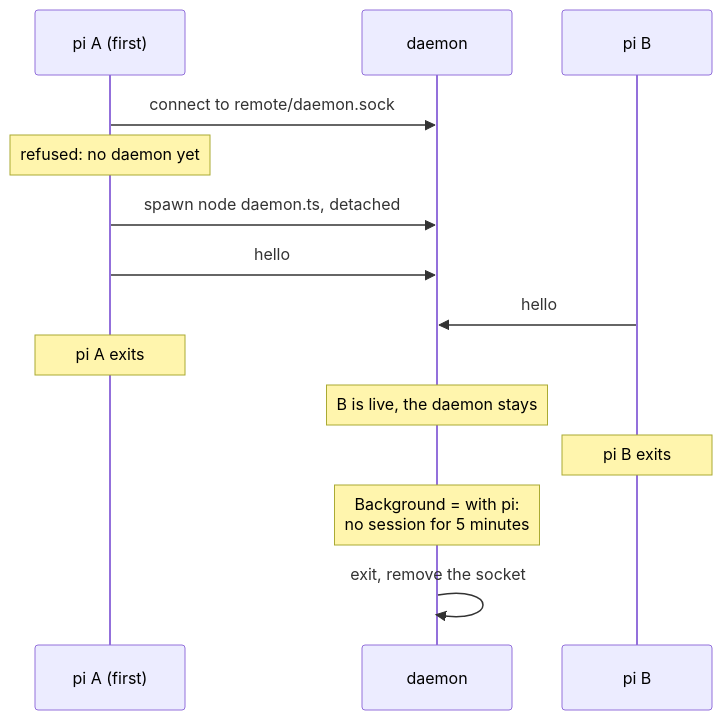
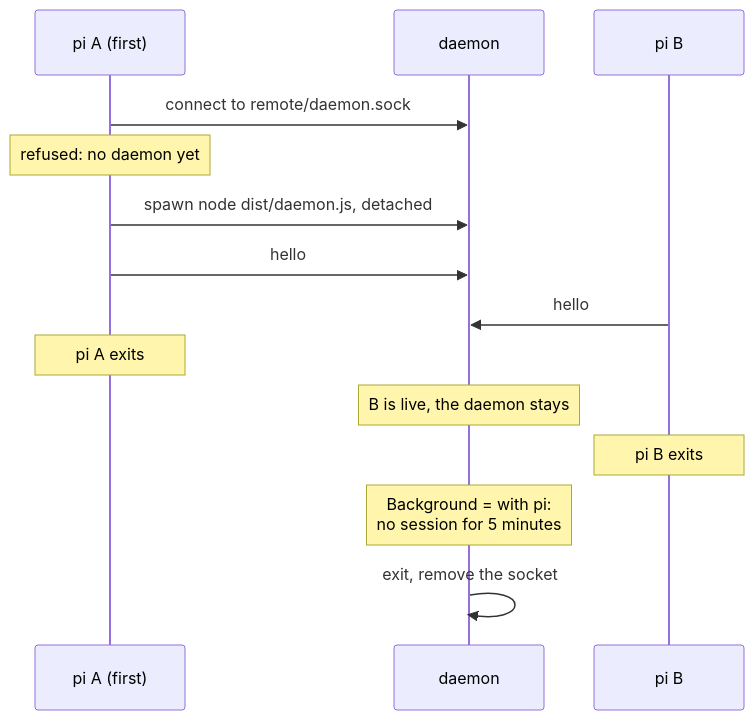
One commit to felipeadeildo/pi-harness changed the second of 4 diagrams in docs/remote.md. Above: the diagram before and after it, drawn with Mermaid. The commit also changed other lines of this file and 1 other file, not shown here.

````diff
--- a/docs/remote.md
+++ b/docs/remote.md
@@ -214,16 +219,16 @@
 ```mermaid
 sequenceDiagram
   participant A as pi A (first)
   participant D as daemon
   participant B as pi B
   A->>D: connect to remote/daemon.sock
   Note over A: refused: no daemon yet
-  A->>D: spawn node daemon.ts, detached
+  A->>D: spawn node dist/daemon.js, detached
   A->>D: hello
   B->>D: hello
   Note over A: pi A exits
   Note over D: B is live, the daemon stays
   Note over B: pi B exits
   Note over D: Background = with pi:<br/>no session for 5 minutes
   D->>D: exit, remove the socket
 ```
````
